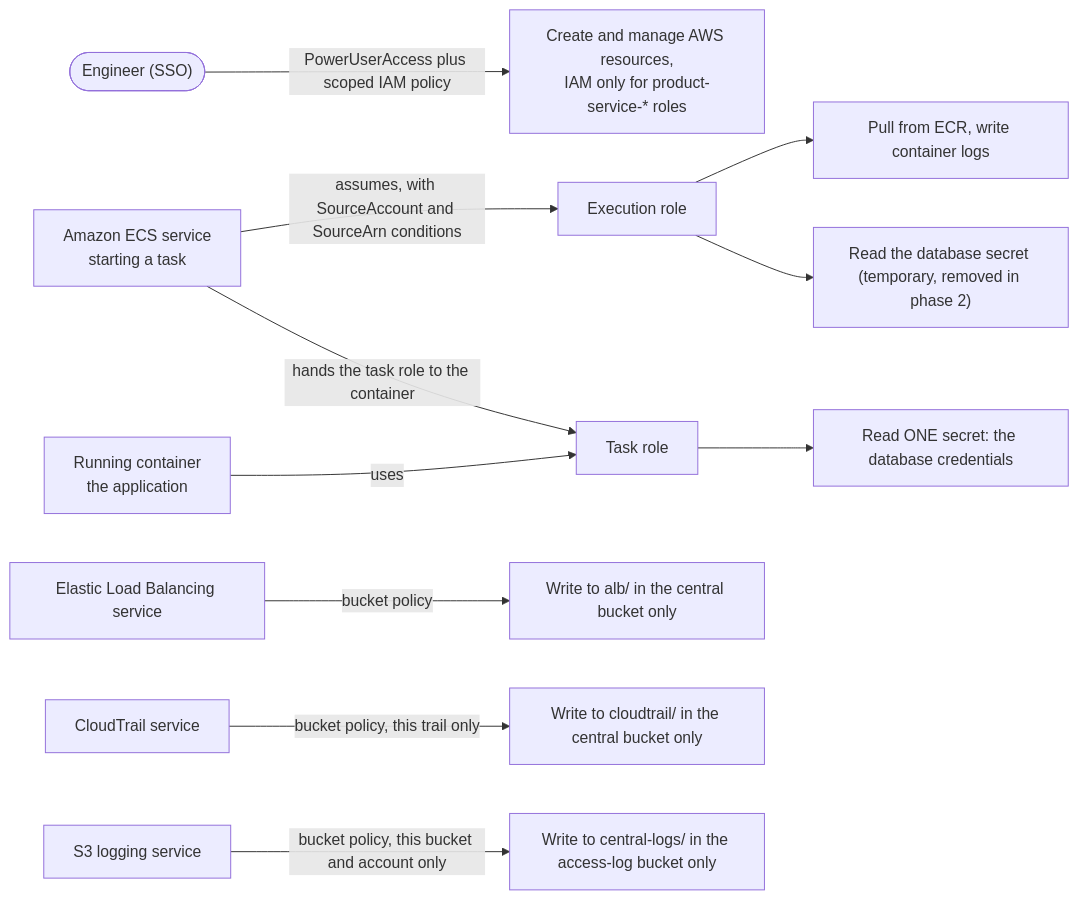
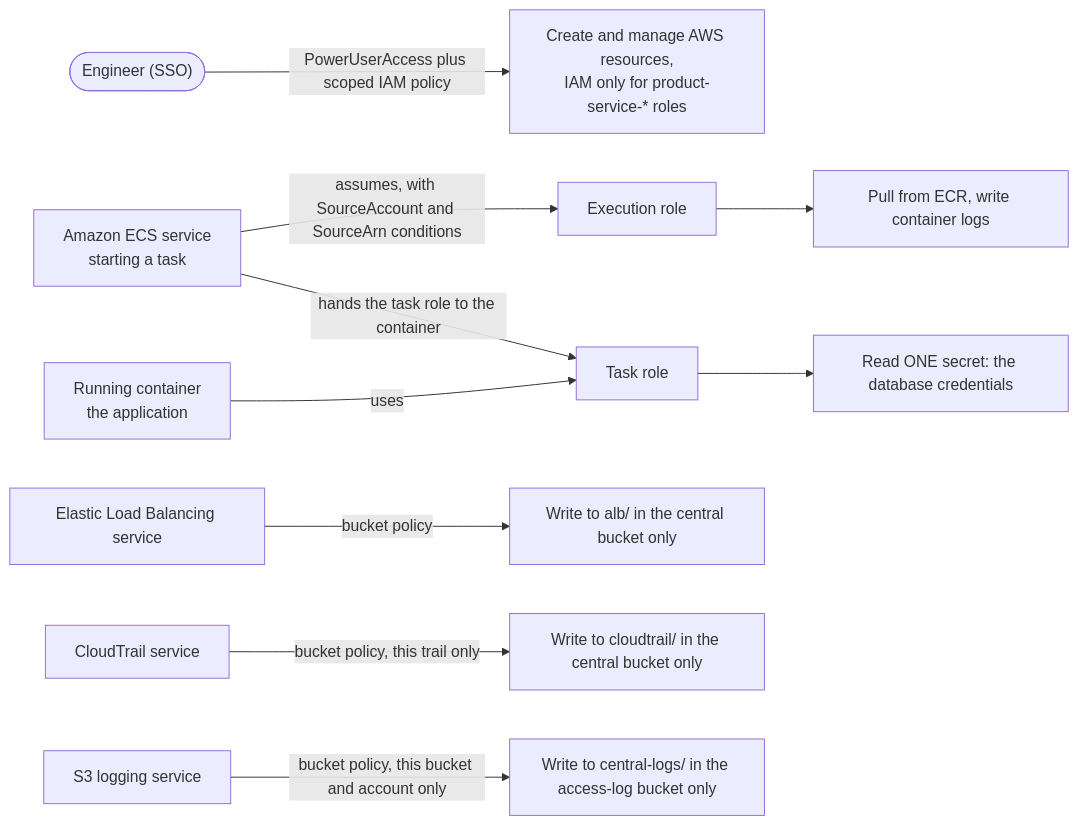
The fifth of 6 diagrams in docs/Architecture.md (bdahiya2007/secure-containerized-microservices-app-aws), drawn with Mermaid before and after one commit. The commit also changed other lines of this file and 11 other files, not shown here.

First line of the commit message:
Phase 2: remove the execution role's access to the database secret, and update the documentation

````diff
--- a/docs/Architecture.md
+++ b/docs/Architecture.md
@@ -238,20 +238,19 @@
 ```mermaid
 flowchart LR
   eng(["Engineer (SSO)"])
   ecsSvc["Amazon ECS service<br/>starting a task"]
   app["Running container<br/>the application"]
   elb["Elastic Load Balancing service"]
   ctsvc["CloudTrail service"]
   s3log["S3 logging service"]
 
   eng -->|"PowerUserAccess plus scoped IAM policy"| dep["Create and manage AWS resources,<br/>IAM only for product-service-* roles"]
   ecsSvc -->|"assumes, with SourceAccount and SourceArn conditions"| exe["Execution role"]
   exe --> e1["Pull from ECR, write container logs"]
-  exe --> e2["Read the database secret (temporary, removed in phase 2)"]
   ecsSvc -->|"hands the task role to the container"| trole["Task role"]
   app -->|"uses"| trole
   trole --> readsecret["Read ONE secret: the database credentials"]
   elb -->|"bucket policy"| w1["Write to alb/ in the central bucket only"]
   ctsvc -->|"bucket policy, this trail only"| w2["Write to cloudtrail/ in the central bucket only"]
   s3log -->|"bucket policy, this bucket and account only"| w3["Write to central-logs/ in the access-log bucket only"]
 ```
````
